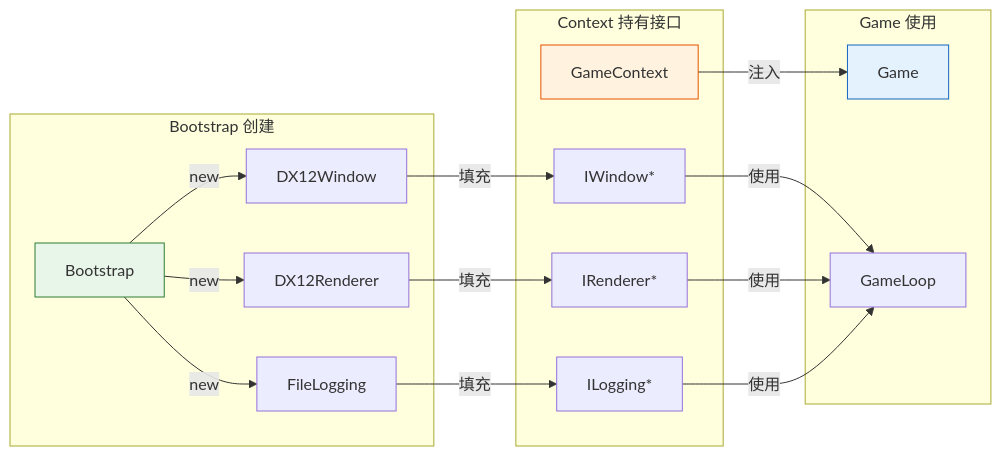
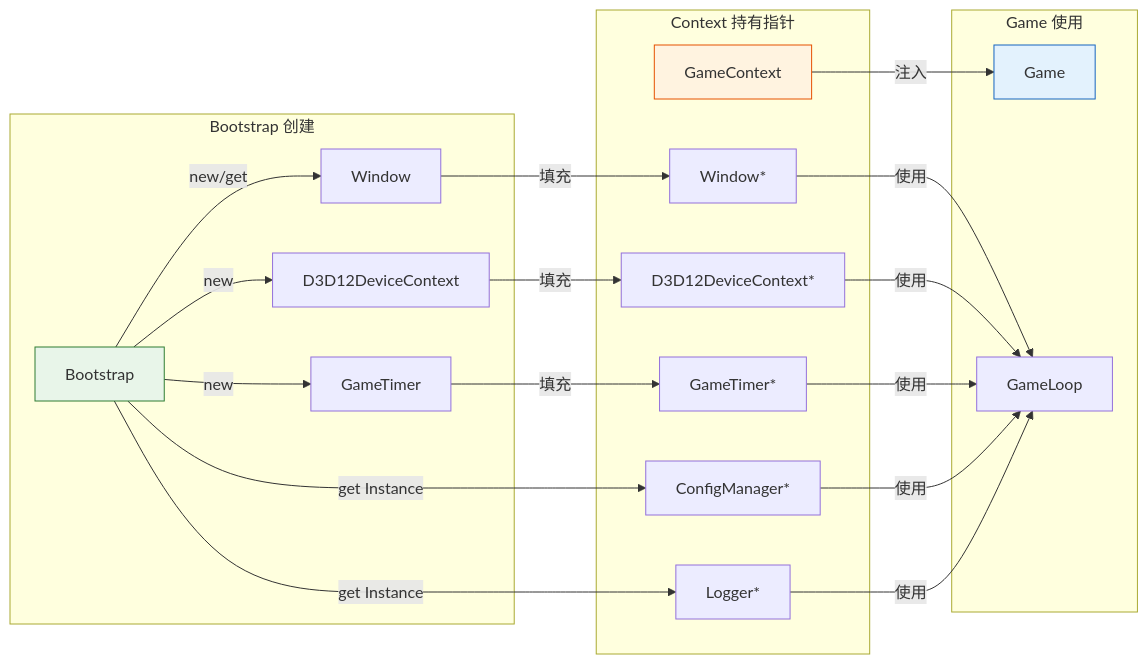
One commit to Gunxzq/blog changed the fourth of 4 diagrams in src/posts/DX12Engine/Bootstrap.md. Above: the diagram before and after it, drawn with Mermaid. The commit also changed other lines of this file and 3 other files, not shown here.

````diff
--- a/src/posts/DX12Engine/Bootstrap.md
+++ b/src/posts/DX12Engine/Bootstrap.md
@@ -209,36 +223,41 @@
 ```mermaid
 graph LR
     subgraph "Bootstrap 创建"
         B["Bootstrap"]
-        W["DX12Window"]
-        R["DX12Renderer"]
-        L["FileLogging"]
+        W["Window"]
+        D["D3D12DeviceContext"]
+        T["GameTimer"]
     end
 
-    subgraph "Context 持有接口"
+    subgraph "Context 持有指针"
         C["GameContext"]
-        C1["IWindow*"]
-        C2["IRenderer*"]
-        C3["ILogging*"]
+        C1["Window*"]
+        C2["D3D12DeviceContext*"]
+        C3["GameTimer*"]
+        C4["ConfigManager*"]
+        C5["Logger*"]
     end
 
     subgraph "Game 使用"
         G["Game"]
         GL["GameLoop"]
     end
 
-    B -->|"new"| W
-    B -->|"new"| R
-    B -->|"new"| L
+    B -->|"new/get"| W
+    B -->|"new"| D
+    B -->|"new"| T
 
     W -->|"填充"| C1
-    R -->|"填充"| C2
-    L -->|"填充"| C3
+    D -->|"填充"| C2
+    T -->|"填充"| C3
+    
+    B -->|"get Instance"| C4
+    B -->|"get Instance"| C5
 
     C -->|"注入"| G
-    C1 & C2 & C3 -->|"使用"| GL
+    C1 & C2 & C3 & C4 & C5 -->|"使用"| GL
 
     style B fill:#e8f5e9,stroke:#2e7d32
     style C fill:#fff3e0,stroke:#e65100
     style G fill:#e3f2fd,stroke:#1565c0
 ```
````
